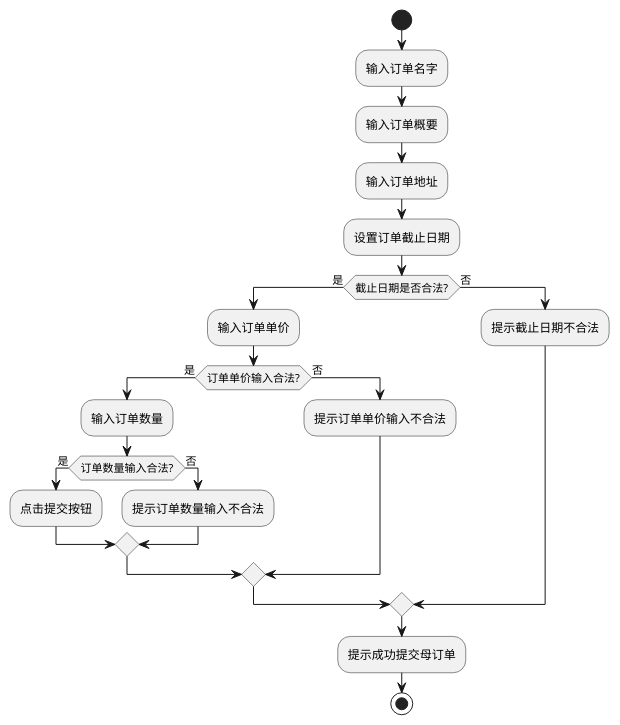
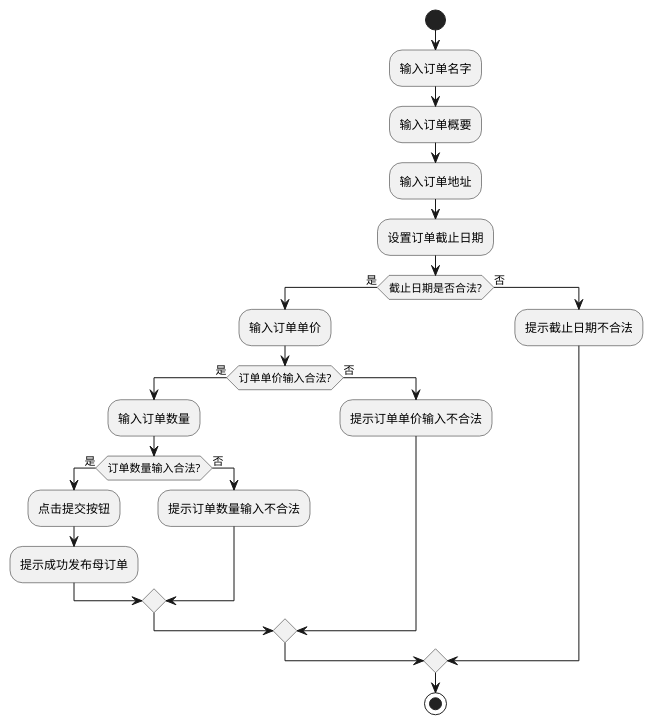
The diagram in report/figure/usecase_v2/fabu.puml (wwyf/Waterfall), drawn with PlantUML before and after one commit. The commit also changed 16 other files, not shown here.

```diff
--- a/report/figure/usecase_v2/fabu.puml
+++ b/report/figure/usecase_v2/fabu.puml
@@ -1,26 +1,25 @@
 @startuml
 
 start
 :输入订单名字;
 :输入订单概要;
 :输入订单地址;
 :设置订单截止日期;
 if (截止日期是否合法?) then (是)
     :输入订单单价;
     if (订单单价输入合法?) then (是)
         :输入订单数量;
         if (订单数量输入合法?) then (是)
             :点击提交按钮;
+            :提示成功发布母订单;
         else (否)
             :提示订单数量输入不合法;
         endif
     else (否)
         :提示订单单价输入不合法;
     endif
 else (否)
     :提示截止日期不合法;
 endif
-
-:提示成功提交母订单;
 stop
 @enduml
```
